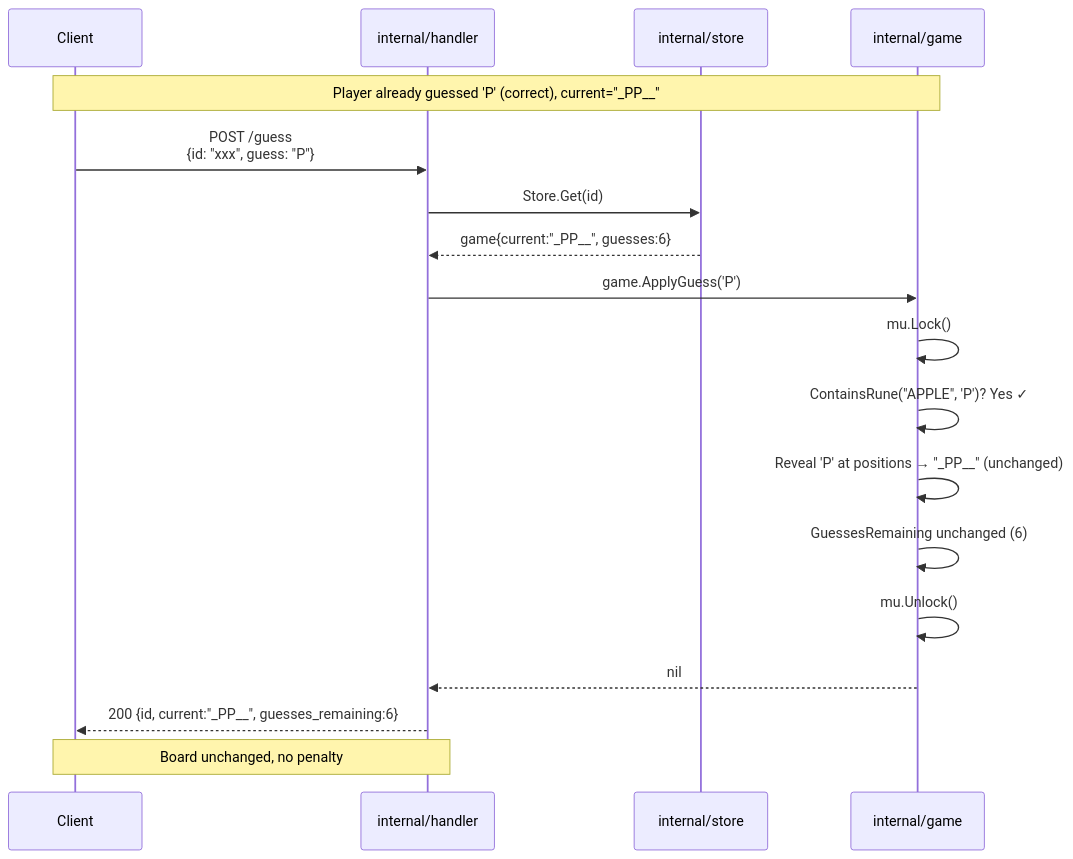
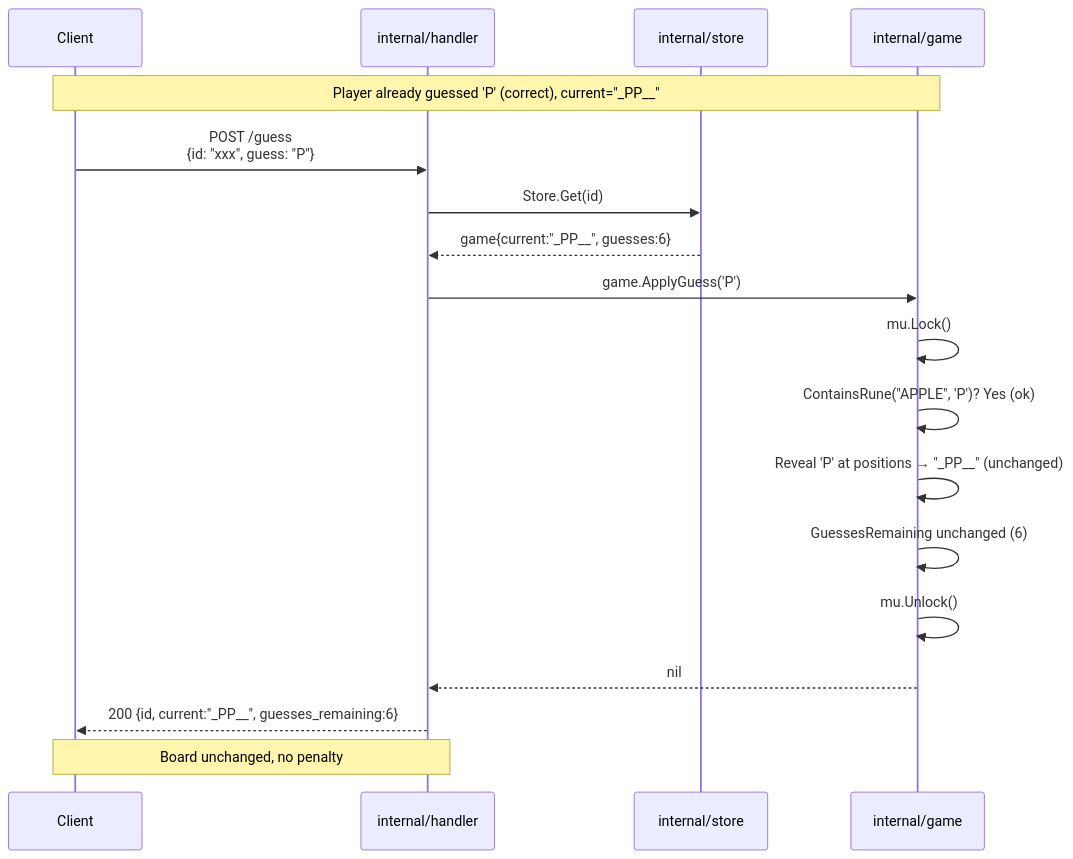
One commit to ajitm722/wordgame changed the sixth of 11 diagrams in docs.md. Above: the diagram before and after it, drawn with Mermaid. The commit also changed other lines of this file and 14 other files, not shown here.

````diff
--- a/docs.md
+++ b/docs.md
@@ -525,24 +530,24 @@
 ```mermaid
 sequenceDiagram
     participant Client
     participant Handler as internal/handler
     participant Store as internal/store
     participant Game as internal/game
 
     Note over Client,Game: Player already guessed 'P' (correct), current="_PP__"
 
     Client->>Handler: POST /guess<br/>{id: "xxx", guess: "P"}
     Handler->>Store: Store.Get(id)
     Store-->>Handler: game{current:"_PP__", guesses:6}
 
     Handler->>Game: game.ApplyGuess('P')
     Game->>Game: mu.Lock()
-    Game->>Game: ContainsRune("APPLE", 'P')? Yes ✓
+    Game->>Game: ContainsRune("APPLE", 'P')? Yes (ok)
     Game->>Game: Reveal 'P' at positions → "_PP__" (unchanged)
     Game->>Game: GuessesRemaining unchanged (6)
     Game->>Game: mu.Unlock()
     Game-->>Handler: nil
 
     Handler-->>Client: 200 {id, current:"_PP__", guesses_remaining:6}
     Note over Client,Handler: Board unchanged, no penalty
 ```
````
